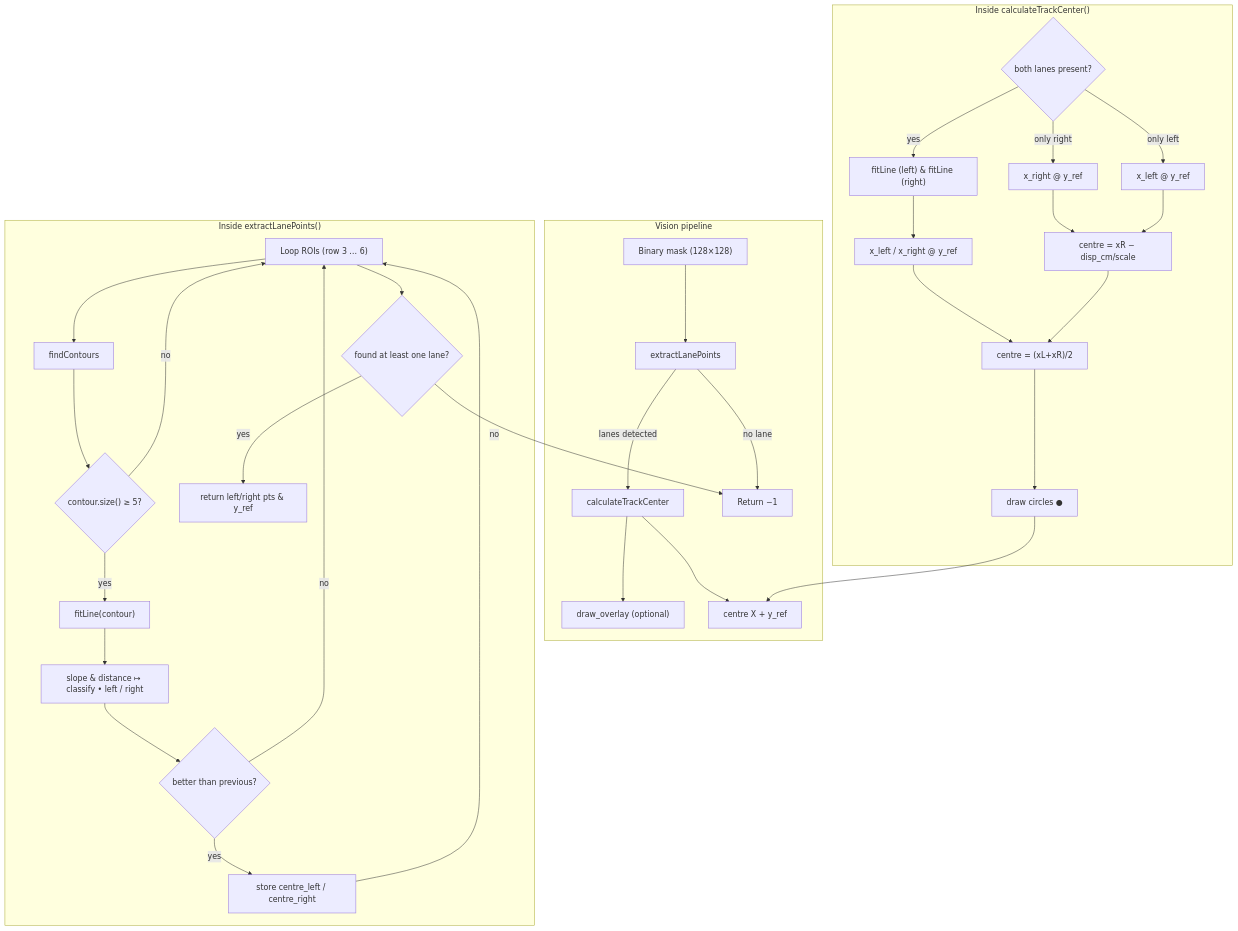
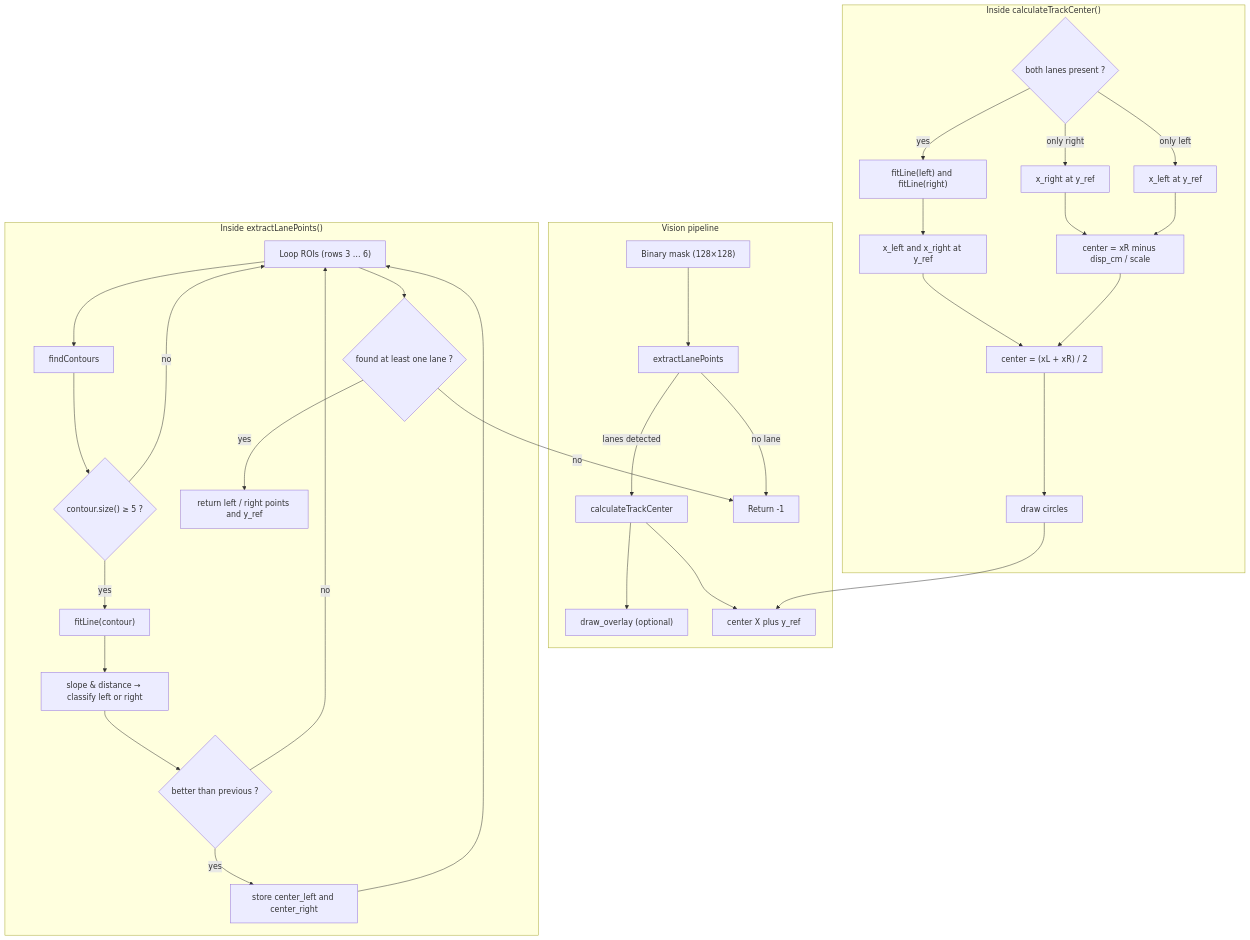
The diagram in pid_control/docs/docs_computer_vision_module.md (SEAME-pt/ObjectDetectionAvoidance), drawn with Mermaid before and after one commit. The commit also changed 1 other file, not shown here.

Commit message:
(fix) Mermaid diagrams.

````diff
--- a/pid_control/docs/docs_computer_vision_module.md
+++ b/pid_control/docs/docs_computer_vision_module.md
@@ -158,42 +158,42 @@
 ```mermaid
 graph TD
     %% ===== TOP-LEVEL PIPELINE =====
-    subgraph Pipeline  [Vision pipeline]
+    subgraph Pipeline ["Vision pipeline"]
         A["Binary mask (128×128)"] --> B["extractLanePoints"]
         B -->|"lanes detected"| C["calculateTrackCenter"]
-        B -->|"no lane"| Z["Return −1"]
+        B -->|"no lane"| Z["Return -1"]
         C --> D["draw_overlay (optional)"]
-        C --> E["centre X + y_ref"]
+        C --> E["center X plus y_ref"]
     end
 
-    %% ====== extractLanePoints DETAILS ======
-    subgraph B_details  ["Inside extractLanePoints()"]
-        B1["Loop ROIs (row 3 … 6)"] --> B2["findContours"]
-        B2 --> B3{"contour.size() ≥ 5?"}
-        B3 -- no --> B1
+    %% ===== extractLanePoints DETAILS =====
+    subgraph B_details ["Inside extractLanePoints()"]
+        B1["Loop ROIs (rows 3 … 6)"] --> B2["findContours"]
+        B2 --> B3{"contour.size() ≥ 5 ?"}
+        B3 -- no  --> B1
         B3 -- yes --> B4["fitLine(contour)"]
-        B4 --> B5["slope & distance ↦ classify • left / right"]
-        B5 --> B6{"better than previous?"}
-        B6 -- no --> B1
-        B6 -- yes --> B7["store centre_left / centre_right"]
+        B4 --> B5["slope & distance → classify left or right"]
+        B5 --> B6{"better than previous ?"}
+        B6 -- no  --> B1
+        B6 -- yes --> B7["store center_left and center_right"]
         B7 --> B1
-        B1 --> B8{"found at least one lane?"}
-        B8 -- no --> Z
-        B8 -- yes --> B9["return left/right pts & y_ref"]
+        B1 --> B8{"found at least one lane ?"}
+        B8 -- no  --> Z
+        B8 -- yes --> B9["return left / right points and y_ref"]
     end
 
-    %% ====== calculateTrackCenter DETAILS ======
-    subgraph C_details  ["Inside calculateTrackCenter()"]
-        C1{"both lanes present?"}
-        C1 -- yes --> C2["fitLine (left) & fitLine (right)"]
-        C2 --> C3["x_left / x_right @ y_ref"]
-        C3 --> C7["centre = (xL+xR)/2"]
-        C1 -- only right --> C4["x_right @ y_ref"]
-        C4 --> C5["centre = xR − disp_cm/scale"]
-        C1 -- only left --> C6["x_left @ y_ref"]
+    %% ===== calculateTrackCenter DETAILS =====
+    subgraph C_details ["Inside calculateTrackCenter()"]
+        C1{"both lanes present ?"}
+        C1 -- yes        --> C2["fitLine(left) and fitLine(right)"]
+        C2 --> C3["x_left and x_right at y_ref"]
+        C3 --> C7["center = (xL + xR) / 2"]
+        C1 -- only right --> C4["x_right at y_ref"]
+        C4 --> C5["center = xR minus disp_cm / scale"]
+        C1 -- only left  --> C6["x_left at y_ref"]
         C6 --> C5
         C5 --> C7
-        C7 --> C8["draw circles  ●"]
+        C7 --> C8["draw circles"]
         C8 --> E
     end
 ```
````
